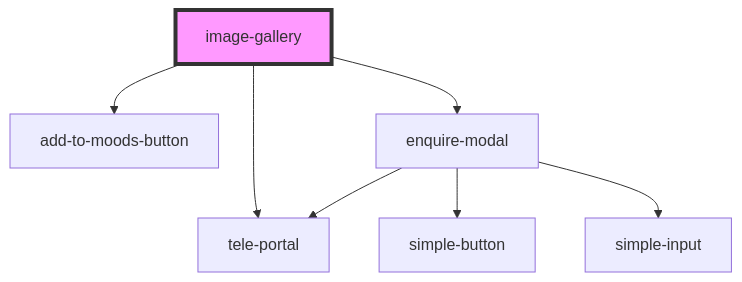
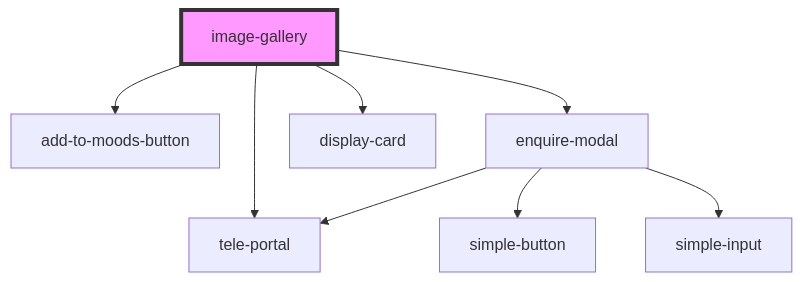
Before and after one commit to the-design-release/leibal-components: the diagram in src/components/image-gallery/readme.md, drawn with Mermaid. The commit also changed other lines of this file and 9 other files, not shown here.

````diff
--- a/src/components/image-gallery/readme.md
+++ b/src/components/image-gallery/readme.md
@@ -30,10 +32,11 @@
 ```mermaid
 graph TD;
   image-gallery --> tele-portal
   image-gallery --> add-to-moods-button
   image-gallery --> enquire-modal
+  image-gallery --> display-card
   enquire-modal --> simple-button
   enquire-modal --> tele-portal
   enquire-modal --> simple-input
   style image-gallery fill:#f9f,stroke:#333,stroke-width:4px
 ```
````
